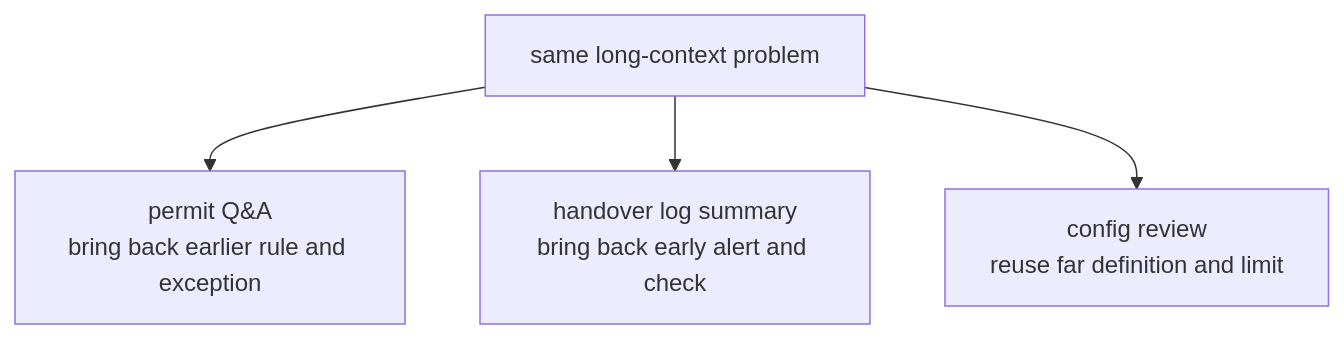
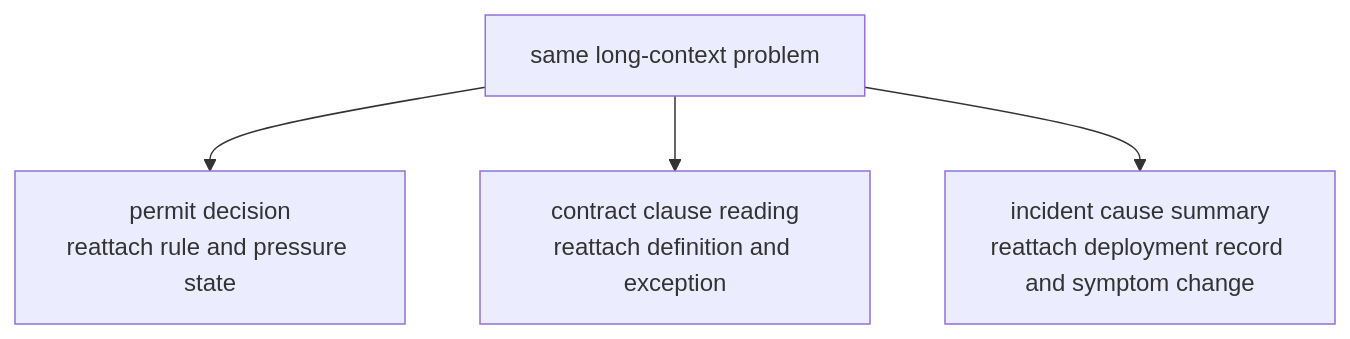
One commit to devchan64/AiBook changed the diagram in docs/assets/part-05/chapter-14/long-context-task-flow-en.mmd. Above: the diagram before and after it, drawn with Mermaid. The commit also changed 71 other files, not shown here.

Commit message:
Revise part 5 transformer and translation flow

```diff
--- a/docs/assets/part-05/chapter-14/long-context-task-flow-en.mmd
+++ b/docs/assets/part-05/chapter-14/long-context-task-flow-en.mmd
@@ -1,9 +1,9 @@
 flowchart TD
   A["same long-context problem"]
-  B["permit Q&A<br/>bring back earlier rule and exception"]
-  C["handover log summary<br/>bring back early alert and check"]
-  D["config review<br/>reuse far definition and limit"]
+  B["permit decision<br/>reattach rule and pressure state"]
+  C["contract clause reading<br/>reattach definition and exception"]
+  D["incident cause summary<br/>reattach deployment record and symptom change"]
 
   A --> B
   A --> C
   A --> D
```
